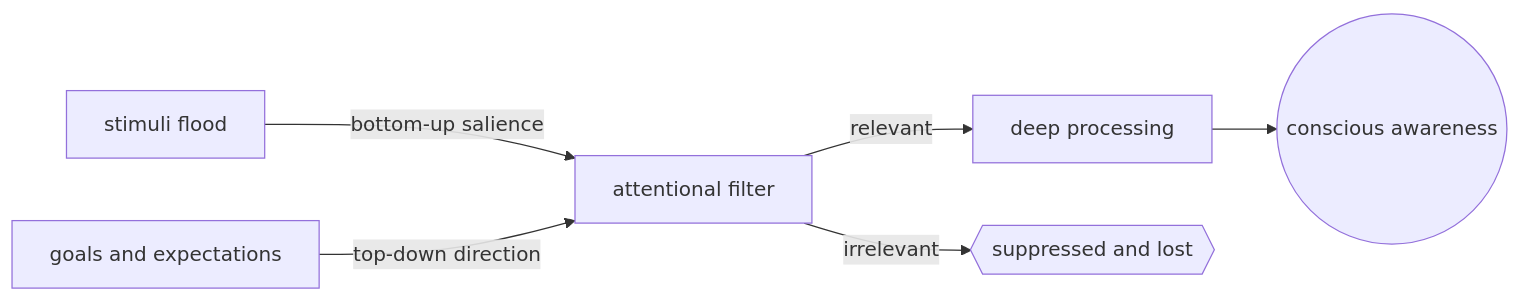
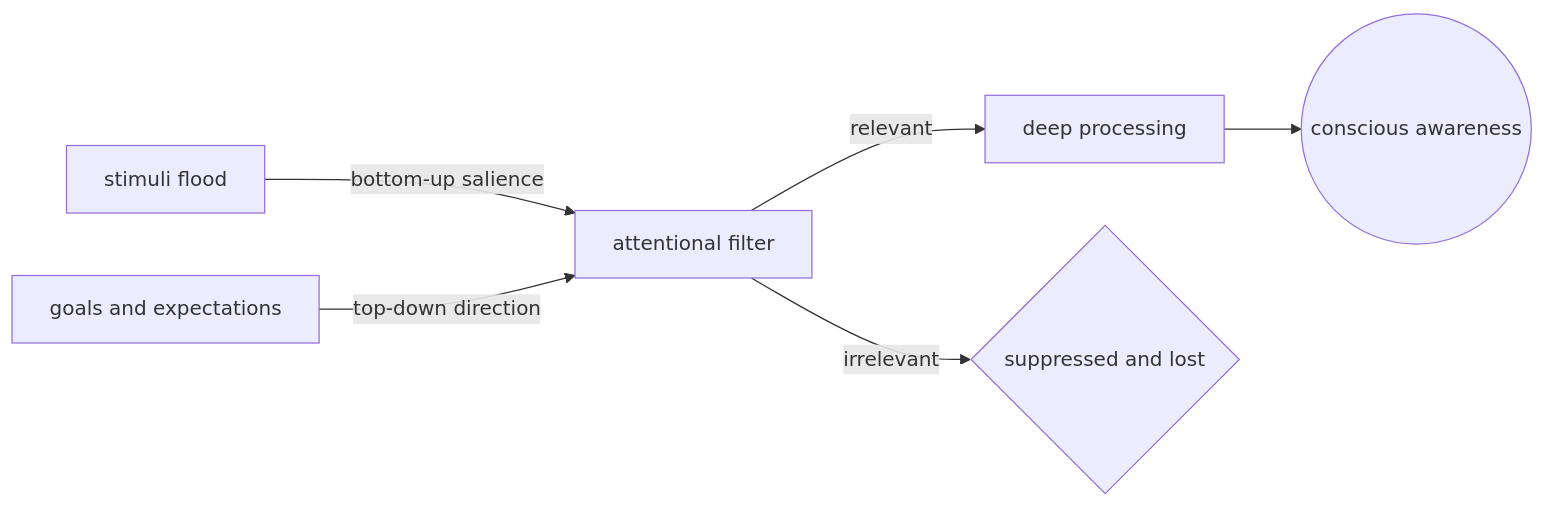
One commit to NeaByteLab/NeaByteLab changed the first of 3 diagrams in DEEP-NOTES/Cognitive-Processes/attention.md. Above: the diagram before and after it, drawn with Mermaid. The commit also changed other lines of this file and 4 other files, not shown here.

First line of the commit message:
docs(cognitive-processes): add memory notes and Mermaid index

````diff
--- a/DEEP-NOTES/Cognitive-Processes/attention.md
+++ b/DEEP-NOTES/Cognitive-Processes/attention.md
@@ -16,8 +16,8 @@
 ```mermaid
 flowchart LR
-  Stimuli[stimuli flood] -->|bottom-up salience| Filter[attentional filter]
-  Goals[goals and expectations] -->|top-down direction| Filter
-  Filter -->|relevant| Process[deep processing]
-  Filter -->|irrelevant| Suppress{{suppressed and lost}}
-  Process --> Response((conscious awareness))
+  Stimuli["stimuli flood"] -->|bottom-up salience| Filter["attentional filter"]
+  Goals["goals and expectations"] -->|top-down direction| Filter
+  Filter -->|relevant| Process["deep processing"]
+  Filter -->|irrelevant| Suppress{"suppressed and lost"}
+  Process --> Response(("conscious awareness"))
 ```
````
